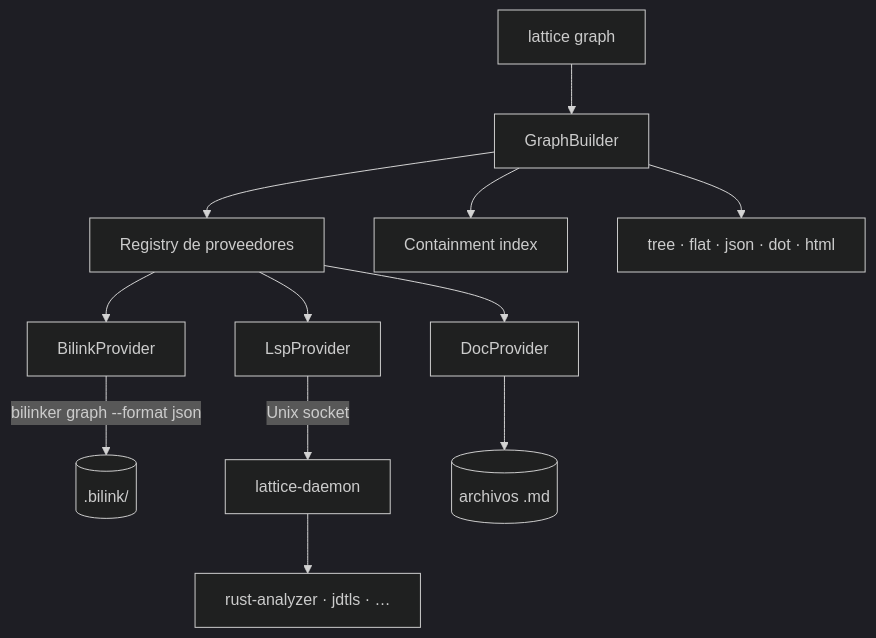
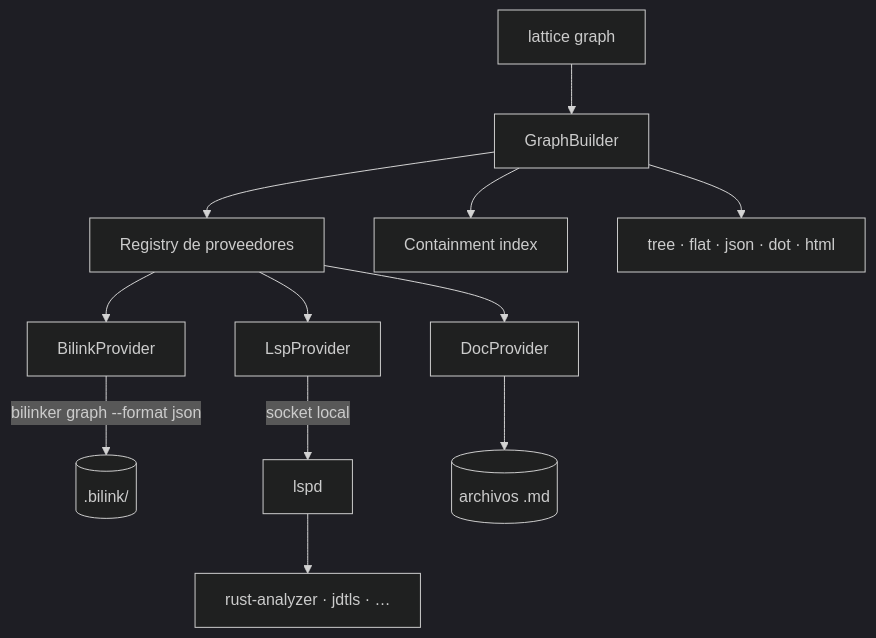
The diagram in subsystems/lattice/architecture.md (anibalanto/accreta), drawn with Mermaid (dark theme) before and after one commit. The commit also changed other lines of this file and 8 other files, not shown here.

Commit message:
29: lspd es un subsistema, y el daemon deja de ser de lattice

````diff
--- a/subsystems/lattice/architecture.md
+++ b/subsystems/lattice/architecture.md
@@ -5,14 +5,14 @@
 ```mermaid
 flowchart TD
     Q[lattice graph] --> G[GraphBuilder]
     G --> R[Registry de proveedores]
     R --> PB[BilinkProvider]
     R --> PL[LspProvider]
     R --> PD[DocProvider]
     PB -->|bilinker graph --format json| BL[(.bilink/)]
-    PL -->|Unix socket| D[lattice-daemon]
+    PL -->|socket local| D[lspd]
     D --> LSP[rust-analyzer · jdtls · …]
     PD --> MD[(archivos .md)]
     G --> C[Containment index]
     G --> OUT[tree · flat · json · dot · html]
 ```
````
